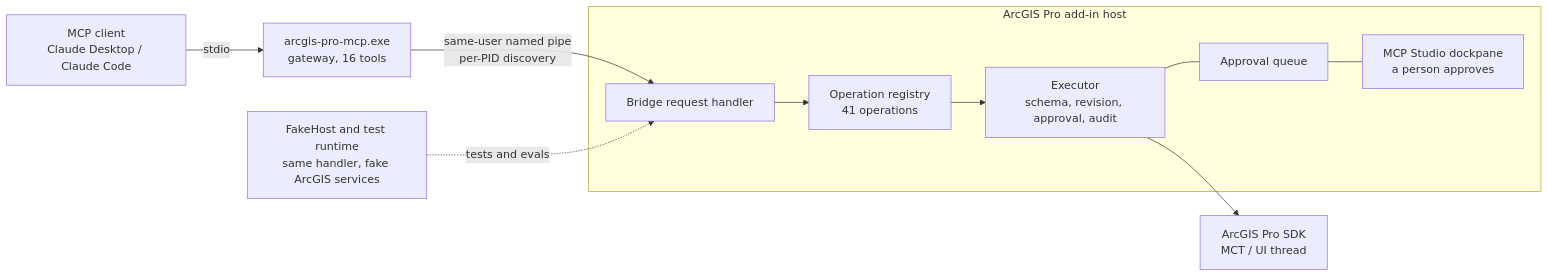
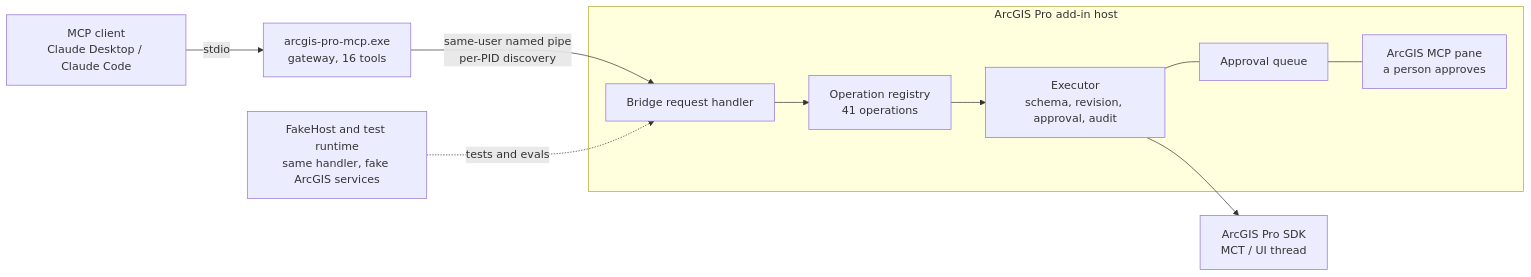
One commit to nicoazel/ArcGISPro.MCP changed the diagram in README.md. Above: the diagram before and after it, drawn with Mermaid. The commit also changed other lines of this file, not shown here.

````diff
--- a/README.md
+++ b/README.md
@@ -32,13 +36,13 @@
 ```mermaid
 flowchart LR
     client["MCP client<br/>Claude Desktop / Claude Code"] -->|stdio| gateway["arcgis-pro-mcp.exe<br/>gateway, 16 tools"]
     gateway -->|"same-user named pipe<br/>per-PID discovery"| handler
     subgraph host["ArcGIS Pro add-in host"]
         handler["Bridge request handler"] --> registry["Operation registry<br/>41 operations"]
         registry --> executor["Executor<br/>schema, revision, approval, audit"]
         executor --- approvals["Approval queue"]
-        approvals --- dockpane["MCP Studio dockpane<br/>a person approves"]
+        approvals --- dockpane["ArcGIS MCP pane<br/>a person approves"]
     end
     executor --> sdk["ArcGIS Pro SDK<br/>MCT / UI thread"]
     fake["FakeHost and test runtime<br/>same handler, fake ArcGIS services"] -.->|"tests and evals"| handler
 ```
````
